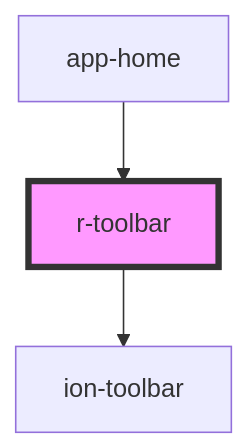
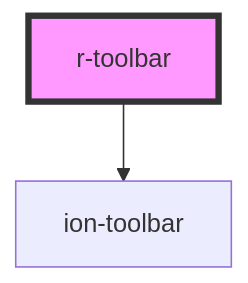
One commit to refactico/design-system changed the diagram in src/components/r-toolbar/readme.md. Above: the diagram before and after it, drawn with Mermaid. The commit also changed other lines of this file and 27 other files, not shown here.

First line of the commit message:
chore: update component dependencies and documentation for app-home

````diff
--- a/src/components/r-toolbar/readme.md
+++ b/src/components/r-toolbar/readme.md
@@ -246,6 +242,5 @@
 ```mermaid
 graph TD;
   r-toolbar --> ion-toolbar
-  app-home --> r-toolbar
   style r-toolbar fill:#f9f,stroke:#333,stroke-width:4px
 ```
````
